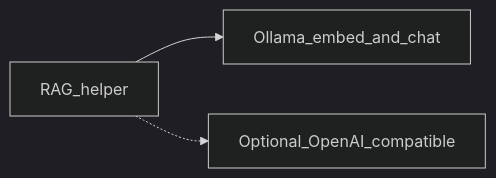
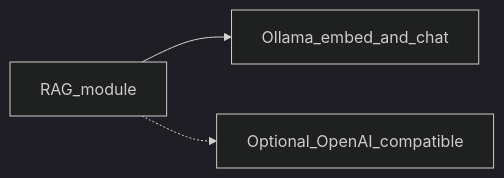
One commit to felixzhu97/explore-ml changed diagram 14 of 23 in docs/Guideline.md. Above: the diagram before and after it, drawn with Mermaid (dark theme). The commit also changed other lines of this file and 22 other files, not shown here.

````diff
--- a/docs/Guideline.md
+++ b/docs/Guideline.md
@@ -324,8 +310,8 @@
 ```mermaid
 flowchart LR
-  RAG[RAG_helper]
+  RAG[RAG_module]
   Ollama[Ollama_embed_and_chat]
   Cloud[Optional_OpenAI_compatible]
   RAG --> Ollama
   RAG -.-> Cloud
 ```
````
